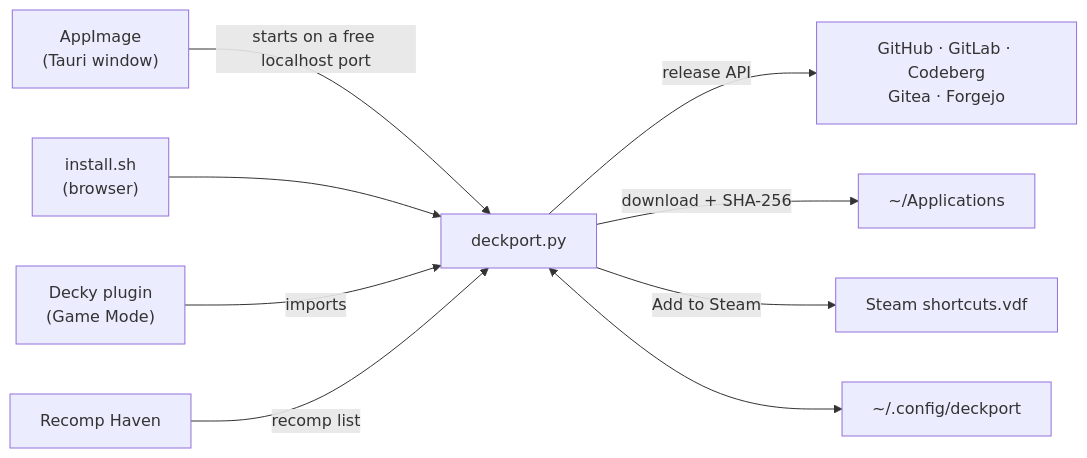
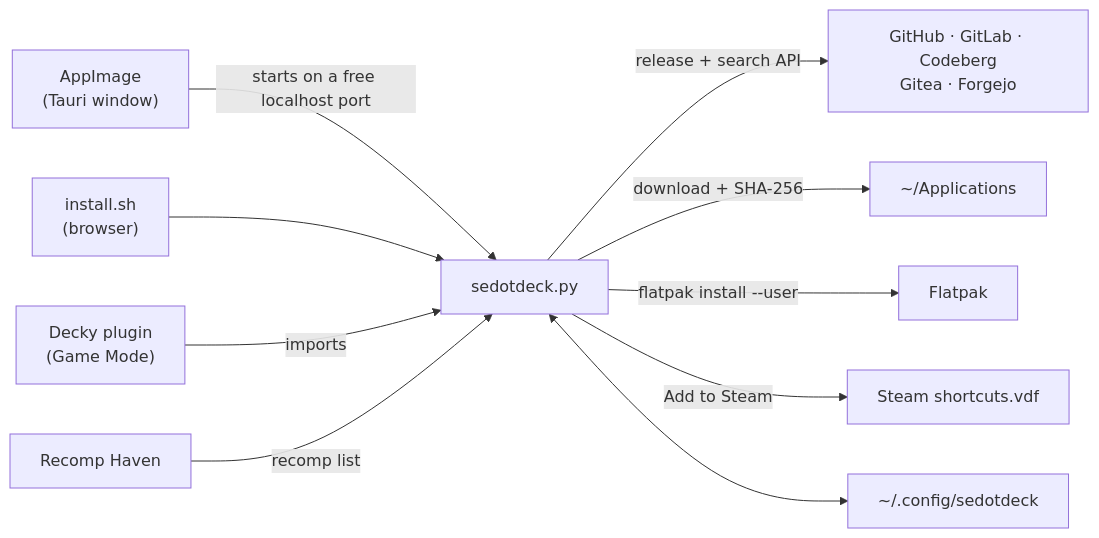
One commit to intermission88/SedotDeck changed the diagram in README.md. Above: the diagram before and after it, drawn with Mermaid. The commit also changed other lines of this file and 28 other files, not shown here.

First line of the commit message:
Rebrand to SedotDeck and add search, Flatpak and self-update

````diff
--- a/README.md
+++ b/README.md
@@ -216,11 +214,12 @@
 ```mermaid
 flowchart LR
-  A["AppImage<br/>(Tauri window)"] -- "starts on a free localhost port" --> P["deckport.py"]
+  A["AppImage<br/>(Tauri window)"] -- "starts on a free localhost port" --> P["sedotdeck.py"]
   S["install.sh<br/>(browser)"] --> P
   D["Decky plugin<br/>(Game Mode)"] -- "imports" --> P
-  P -- "release API" --> F["GitHub · GitLab · Codeberg<br/>Gitea · Forgejo"]
+  P -- "release + search API" --> F["GitHub · GitLab · Codeberg<br/>Gitea · Forgejo"]
   P -- "download + SHA-256" --> L["~/Applications"]
+  P -- "flatpak install --user" --> K["Flatpak"]
   P -- "Add to Steam" --> V["Steam shortcuts.vdf"]
   R["Recomp Haven"] -- "recomp list" --> P
-  P <--> C["~/.config/deckport"]
+  P <--> C["~/.config/sedotdeck"]
 ```
````
